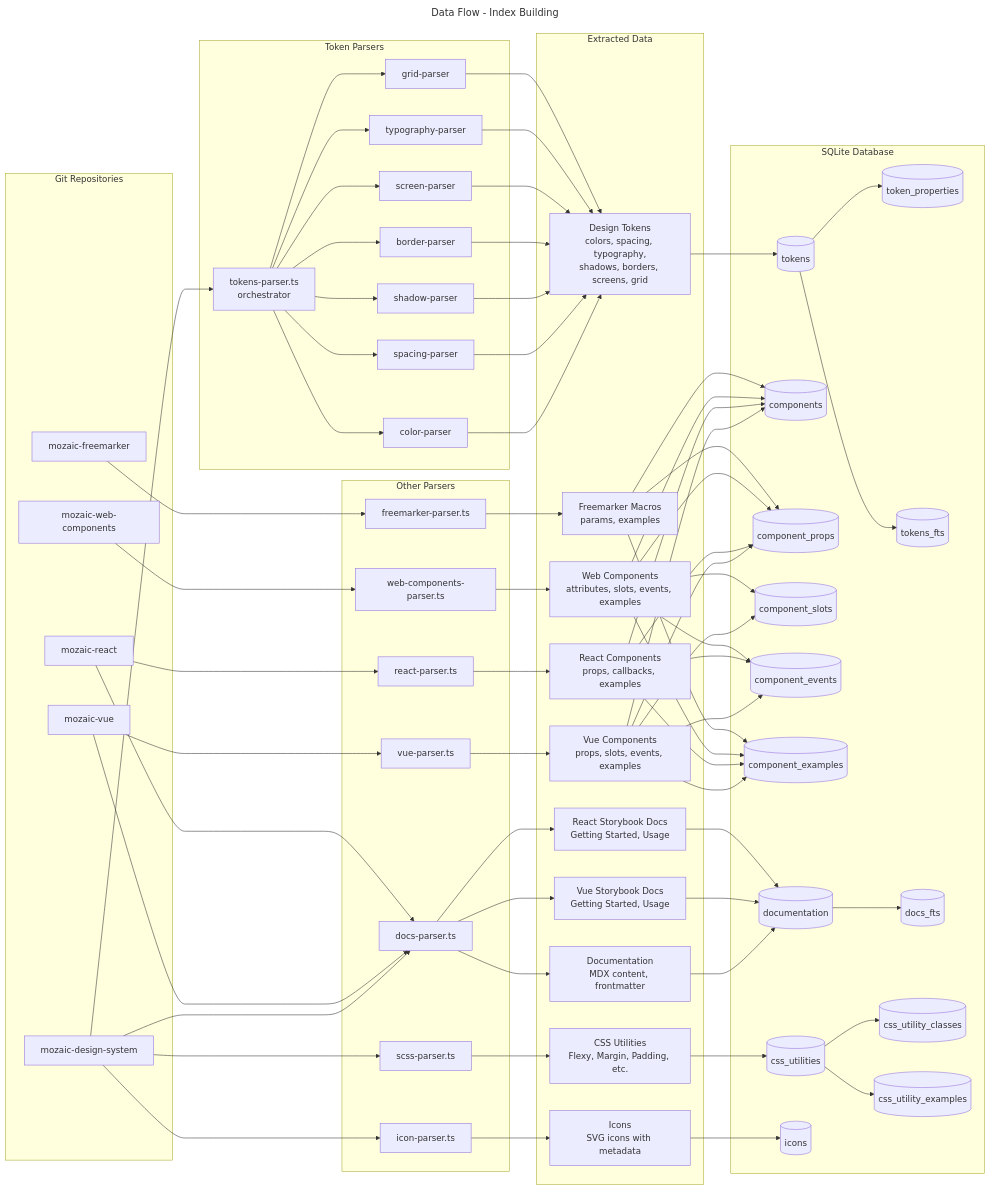
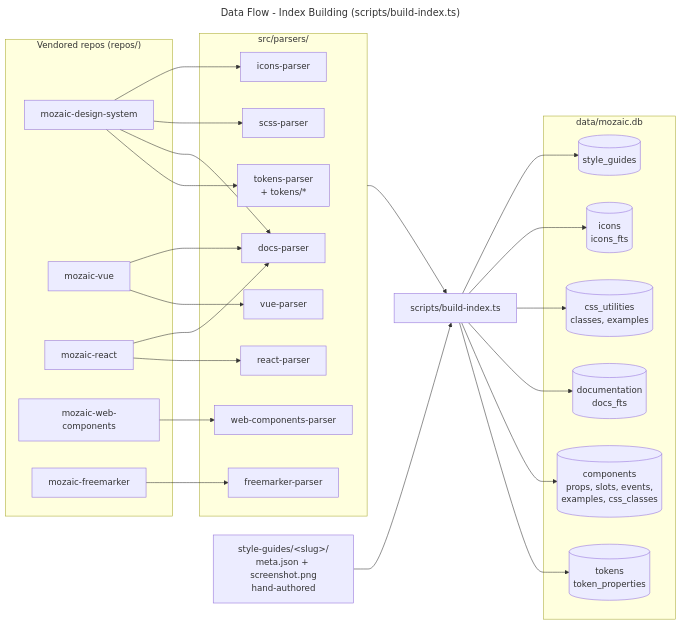
The diagram in docs/assets/dataflow.mmd (MerzoukeMansouri/adeo-mozaic-mcp), drawn with Mermaid before and after one commit. The commit also changed 29 other files, not shown here.

First line of the commit message:
docs: bring README, docs, diagrams and website up to date

```diff
--- a/docs/assets/dataflow.mmd
+++ b/docs/assets/dataflow.mmd
@@ -1,85 +1,43 @@
 ---
-title: Data Flow - Index Building
+title: Data Flow - Index Building (scripts/build-index.ts)
 ---
 flowchart LR
-    subgraph Repos["Git Repositories"]
+    subgraph Repos["Vendored repos (repos/)"]
         R1[mozaic-design-system]
         R2[mozaic-vue]
         R3[mozaic-react]
         R4[mozaic-web-components]
         R5[mozaic-freemarker]
     end
+    R6[style-guides/&lt;slug&gt;/<br/>meta.json + screenshot.png<br/>hand-authored]
 
-    subgraph TokenParsers["Token Parsers"]
-        TP[tokens-parser.ts<br/>orchestrator]
-        TP1[color-parser]
-        TP2[spacing-parser]
-        TP3[shadow-parser]
-        TP4[border-parser]
-        TP5[screen-parser]
-        TP6[typography-parser]
-        TP7[grid-parser]
+    subgraph Parsers["src/parsers/"]
+        P1[tokens-parser<br/>+ tokens/*]
+        P4[docs-parser]
+        P5[scss-parser]
+        P6[icons-parser]
+        P2[vue-parser]
+        P3[react-parser]
+        P7[web-components-parser]
+        P8[freemarker-parser]
     end
 
-    subgraph OtherParsers["Other Parsers"]
-        P2[vue-parser.ts]
-        P3[react-parser.ts]
-        P4[docs-parser.ts]
-        P5[scss-parser.ts]
-        P6[icon-parser.ts]
-        P7[web-components-parser.ts]
-        P8[freemarker-parser.ts]
+    BI[scripts/build-index.ts]
+
+    subgraph DB["data/mozaic.db"]
+        T1[(tokens<br/>token_properties)]
+        T2[(components<br/>props, slots, events,<br/>examples, css_classes)]
+        T3[(documentation<br/>docs_fts)]
+        T4[(css_utilities<br/>classes, examples)]
+        T5[(icons<br/>icons_fts)]
+        T6[(style_guides)]
     end
 
-    subgraph Data["Extracted Data"]
-        D1[Design Tokens<br/>colors, spacing, typography,<br/>shadows, borders, screens, grid]
-        D2[Vue Components<br/>props, slots, events, examples]
-        D4V[Vue Storybook Docs<br/>Getting Started, Usage]
-        D4R[React Storybook Docs<br/>Getting Started, Usage]
-        D3[React Components<br/>props, callbacks, examples]
-        D4[Documentation<br/>MDX content, frontmatter]
-        D5[CSS Utilities<br/>Flexy, Margin, Padding, etc.]
-        D6[Icons<br/>SVG icons with metadata]
-        D7[Web Components<br/>attributes, slots, events, examples]
-        D8[Freemarker Macros<br/>params, examples]
-    end
-
-    subgraph DB["SQLite Database"]
-        T1[(tokens)]
-        T1P[(token_properties)]
-        T1F[(tokens_fts)]
-        T2[(components)]
-        T3[(component_props)]
-        T4[(component_slots)]
-        T5[(component_events)]
-        T6[(component_examples)]
-        T7[(documentation)]
-        T8[(docs_fts)]
-        CU[(css_utilities)]
-        CUC[(css_utility_classes)]
-        CUE[(css_utility_examples)]
-        IC[(icons)]
-    end
-
-    R1 --> TP
-    TP --> TP1 & TP2 & TP3 & TP4 & TP5 & TP6 & TP7
-    TP1 & TP2 & TP3 & TP4 & TP5 & TP6 & TP7 --> D1
-    D1 --> T1
-    T1 --> T1P & T1F
-
-    R1 --> P4 --> D4 --> T7 --> T8
-    R1 --> P5 --> D5 --> CU
-    CU --> CUC & CUE
-    R2 --> P4 --> D4V --> T7
-    R3 --> P4 --> D4R --> T7
-    R2 --> P2 --> D2 --> T2
-    R3 --> P3 --> D3 --> T2
-
-    D2 --> T3 & T4 & T5 & T6
-    D3 --> T3 & T5 & T6
-    R1 --> P6 --> D6 --> IC
-
-    R4 --> P7 --> D7 --> T2
-    D7 --> T3 & T4 & T5 & T6
-    R5 --> P8 --> D8 --> T2
-    D8 --> T3 & T6
+    R1 --> P1 & P4 & P5 & P6
+    R2 --> P2 & P4
+    R3 --> P3 & P4
+    R4 --> P7
+    R5 --> P8
+    Parsers --> BI
+    R6 --> BI
+    BI --> T1 & T2 & T3 & T4 & T5 & T6
```
